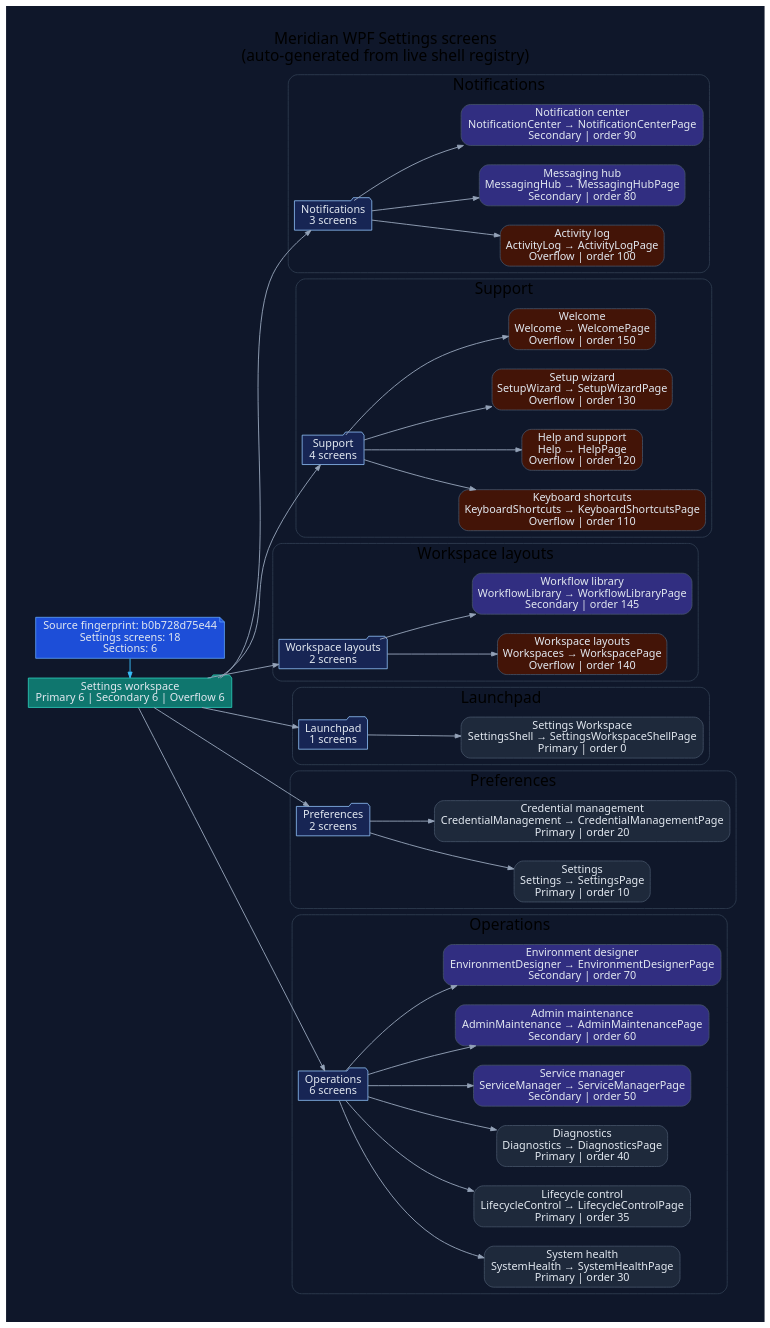
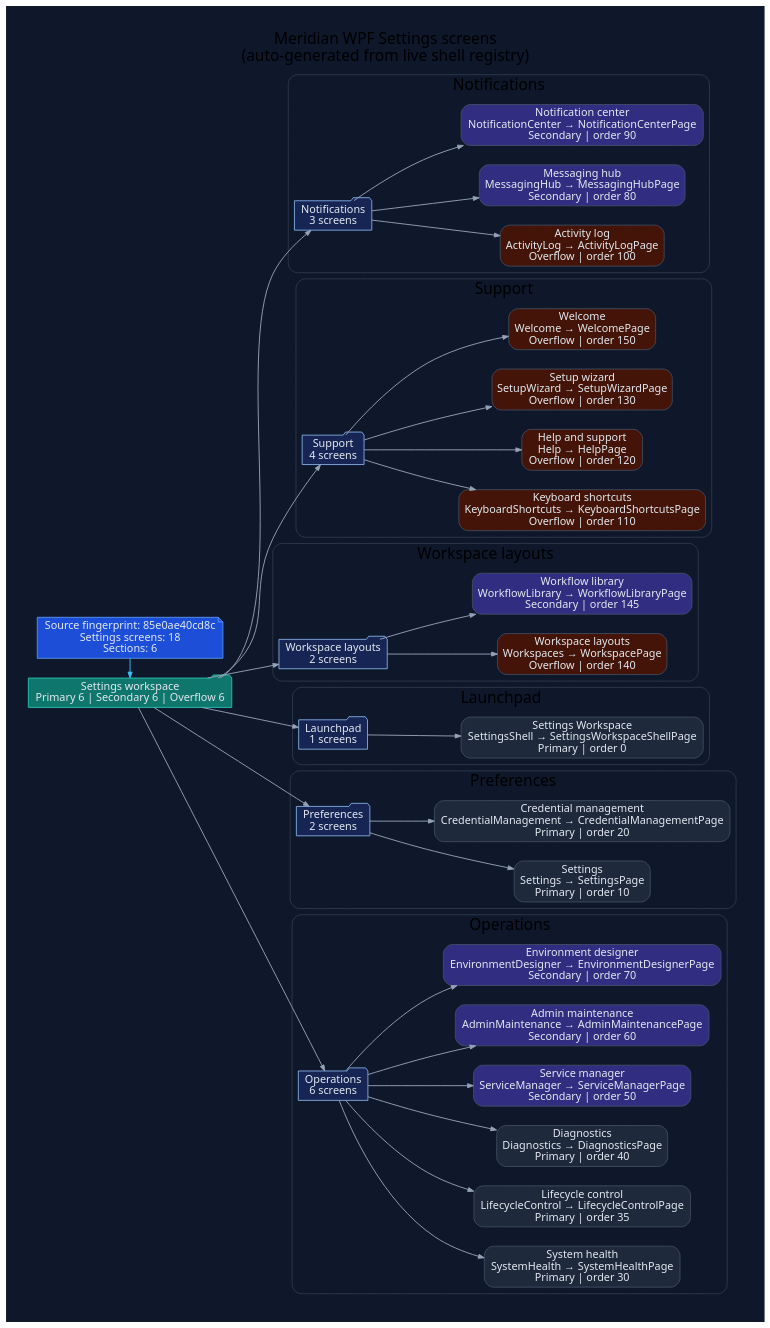
The diagram in docs/diagrams/ui/ui-wpf-screens-settings.dot (rodoHasArrived/Meridian-main), drawn with Graphviz before and after one commit. The commit also changed 69 other files, not shown here.

```diff
--- a/docs/diagrams/ui/ui-wpf-screens-settings.dot
+++ b/docs/diagrams/ui/ui-wpf-screens-settings.dot
@@ -1,110 +1,110 @@
 // -----------------------------------------------------------------------------
 // <auto-generated>
 // Generated by scripts/generate-diagrams.mjs.
 // Do not edit this file directly; update the WPF source files instead.
 // -----------------------------------------------------------------------------
 digraph WpfSettingsScreens {
   graph [
     rankdir=LR,
     labelloc=t,
     label="Meridian WPF Settings screens\n(auto-generated from live shell registry)",
     fontname="Segoe UI",
     fontsize=20,
     pad=0.4,
     nodesep=0.35,
     ranksep=0.85,
     bgcolor="#0f172a"
   ];
   node [fontname="Segoe UI", shape=box, style="rounded,filled", color="#475569", fontcolor="#e2e8f0", fillcolor="#1e293b"];
   edge [fontname="Segoe UI", color="#94a3b8", penwidth=1.2, arrowsize=0.75];
 
-  generated [shape=note, fillcolor="#1d4ed8", color="#60a5fa", label="Source fingerprint: b0b728d75e44\nSettings screens: 18\nSections: 6"];
+  generated [shape=note, fillcolor="#1d4ed8", color="#60a5fa", label="Source fingerprint: 85e0ae40cd8c\nSettings screens: 18\nSections: 6"];
   workspace [shape=folder, fillcolor="#0f766e", color="#2dd4bf", label="Settings workspace\nPrimary 6 | Secondary 6 | Overflow 6"];
   generated -> workspace [color="#38bdf8"];
 
   subgraph cluster_section_1 {
     label="Notifications";
     color="#334155";
     style="rounded";
     section_1 [shape=folder, fillcolor="#172554", color="#93c5fd", label="Notifications\n3 screens"];
     workspace -> section_1;
     screen_ActivityLog [fillcolor="#431407", label="Activity log\nActivityLog → ActivityLogPage\nOverflow | order 100"];
     section_1 -> screen_ActivityLog;
     screen_MessagingHub [fillcolor="#312e81", label="Messaging hub\nMessagingHub → MessagingHubPage\nSecondary | order 80"];
     section_1 -> screen_MessagingHub;
     screen_NotificationCenter [fillcolor="#312e81", label="Notification center\nNotificationCenter → NotificationCenterPage\nSecondary | order 90"];
     section_1 -> screen_NotificationCenter;
   }
 
   subgraph cluster_section_2 {
     label="Support";
     color="#334155";
     style="rounded";
     section_2 [shape=folder, fillcolor="#172554", color="#93c5fd", label="Support\n4 screens"];
     workspace -> section_2;
     screen_KeyboardShortcuts [fillcolor="#431407", label="Keyboard shortcuts\nKeyboardShortcuts → KeyboardShortcutsPage\nOverflow | order 110"];
     section_2 -> screen_KeyboardShortcuts;
     screen_Help [fillcolor="#431407", label="Help and support\nHelp → HelpPage\nOverflow | order 120"];
     section_2 -> screen_Help;
     screen_SetupWizard [fillcolor="#431407", label="Setup wizard\nSetupWizard → SetupWizardPage\nOverflow | order 130"];
     section_2 -> screen_SetupWizard;
     screen_Welcome [fillcolor="#431407", label="Welcome\nWelcome → WelcomePage\nOverflow | order 150"];
     section_2 -> screen_Welcome;
   }
 
   subgraph cluster_section_3 {
     label="Workspace layouts";
     color="#334155";
     style="rounded";
     section_3 [shape=folder, fillcolor="#172554", color="#93c5fd", label="Workspace layouts\n2 screens"];
     workspace -> section_3;
     screen_Workspaces [fillcolor="#431407", label="Workspace layouts\nWorkspaces → WorkspacePage\nOverflow | order 140"];
     section_3 -> screen_Workspaces;
     screen_WorkflowLibrary [fillcolor="#312e81", label="Workflow library\nWorkflowLibrary → WorkflowLibraryPage\nSecondary | order 145"];
     section_3 -> screen_WorkflowLibrary;
   }
 
   subgraph cluster_section_4 {
     label="Launchpad";
     color="#334155";
     style="rounded";
     section_4 [shape=folder, fillcolor="#172554", color="#93c5fd", label="Launchpad\n1 screens"];
     workspace -> section_4;
     screen_SettingsShell [fillcolor="#1e293b", label="Settings Workspace\nSettingsShell → SettingsWorkspaceShellPage\nPrimary | order 0"];
     section_4 -> screen_SettingsShell;
   }
 
   subgraph cluster_section_5 {
     label="Preferences";
     color="#334155";
     style="rounded";
     section_5 [shape=folder, fillcolor="#172554", color="#93c5fd", label="Preferences\n2 screens"];
     workspace -> section_5;
     screen_Settings [fillcolor="#1e293b", label="Settings\nSettings → SettingsPage\nPrimary | order 10"];
     section_5 -> screen_Settings;
     screen_CredentialManagement [fillcolor="#1e293b", label="Credential management\nCredentialManagement → CredentialManagementPage\nPrimary | order 20"];
     section_5 -> screen_CredentialManagement;
   }
 
   subgraph cluster_section_6 {
     label="Operations";
     color="#334155";
     style="rounded";
     section_6 [shape=folder, fillcolor="#172554", color="#93c5fd", label="Operations\n6 screens"];
     workspace -> section_6;
     screen_SystemHealth [fillcolor="#1e293b", label="System health\nSystemHealth → SystemHealthPage\nPrimary | order 30"];
     section_6 -> screen_SystemHealth;
     screen_LifecycleControl [fillcolor="#1e293b", label="Lifecycle control\nLifecycleControl → LifecycleControlPage\nPrimary | order 35"];
     section_6 -> screen_LifecycleControl;
     screen_Diagnostics [fillcolor="#1e293b", label="Diagnostics\nDiagnostics → DiagnosticsPage\nPrimary | order 40"];
     section_6 -> screen_Diagnostics;
     screen_ServiceManager [fillcolor="#312e81", label="Service manager\nServiceManager → ServiceManagerPage\nSecondary | order 50"];
     section_6 -> screen_ServiceManager;
     screen_AdminMaintenance [fillcolor="#312e81", label="Admin maintenance\nAdminMaintenance → AdminMaintenancePage\nSecondary | order 60"];
     section_6 -> screen_AdminMaintenance;
     screen_EnvironmentDesigner [fillcolor="#312e81", label="Environment designer\nEnvironmentDesigner → EnvironmentDesignerPage\nSecondary | order 70"];
     section_6 -> screen_EnvironmentDesigner;
   }
 
   { rank=min; generated; workspace; }
 }
```
